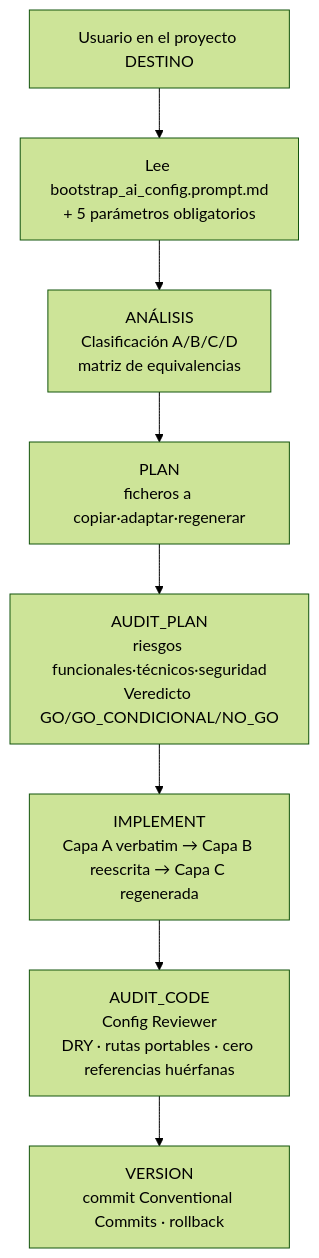
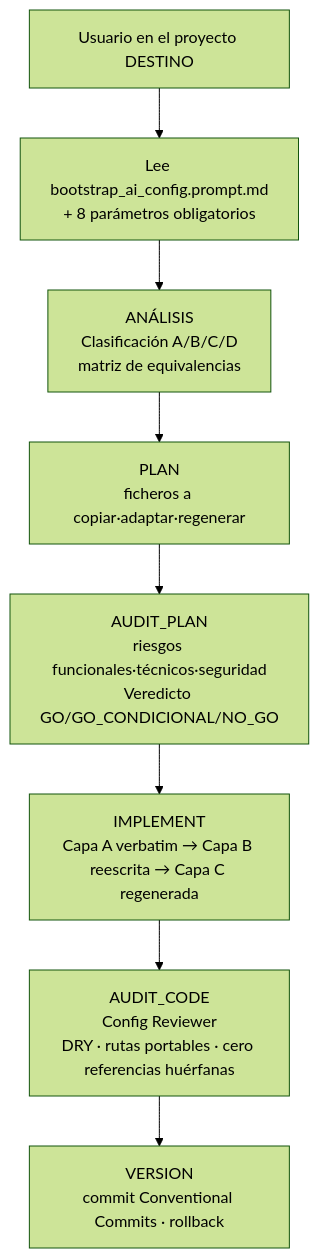
One commit to fmanza/doc_ia changed the diagram in docs/api/bootstrap.md. Above: the diagram before and after it, drawn with Mermaid (forest theme). The commit also changed other lines of this file and 30 other files, not shown here.

````diff
--- a/docs/api/bootstrap.md
+++ b/docs/api/bootstrap.md
@@ -7,10 +7,10 @@
 ```mermaid
 flowchart TD
-    U[Usuario en el proyecto DESTINO] --> INV[Lee bootstrap_ai_config.prompt.md\n+ 5 parámetros obligatorios]
+    U[Usuario en el proyecto DESTINO] --> INV[Lee bootstrap_ai_config.prompt.md\n+ 8 parámetros obligatorios]
     INV --> AN[ANÁLISIS\nClasificación A/B/C/D\nmatriz de equivalencias]
     AN --> PL[PLAN\nficheros a copiar·adaptar·regenerar]
     PL --> AP[AUDIT_PLAN\nriesgos funcionales·técnicos·seguridad\nVeredicto GO/GO_CONDICIONAL/NO_GO]
     AP --> IM[IMPLEMENT\nCapa A verbatim → Capa B reescrita → Capa C regenerada]
     IM --> AC[AUDIT_CODE\nConfig Reviewer\nDRY · rutas portables · cero referencias huérfanas]
     AC --> VE[VERSION\ncommit Conventional Commits · rollback]
 ```
````
